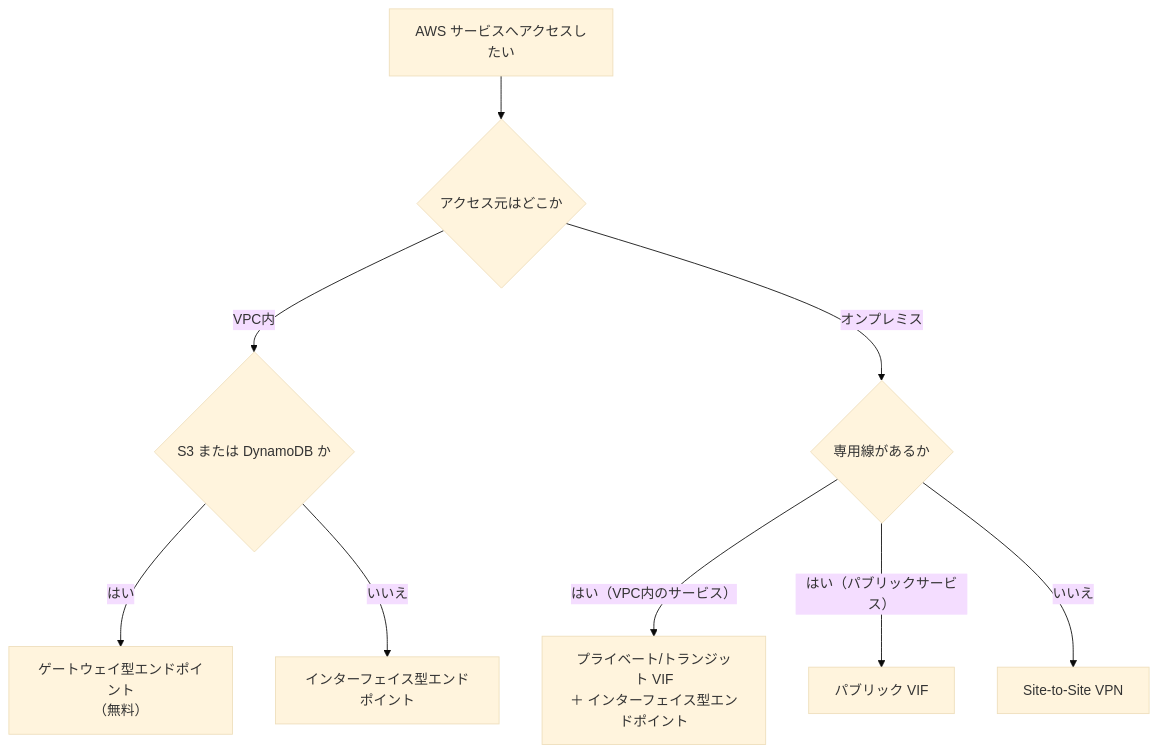
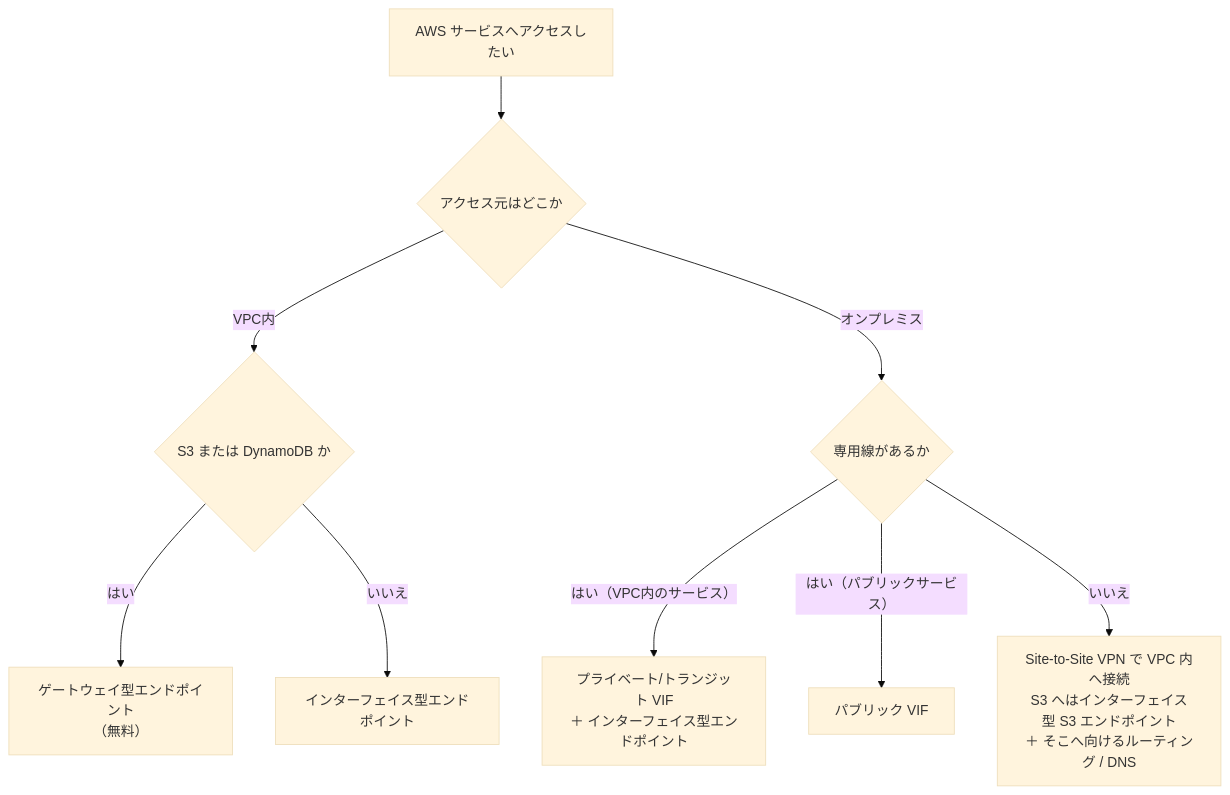
Before and after one commit to myoshi2891/Cloud-Infrastructure-and-Network-Studies: diagram 11 of 26 in Ans-c01-domain3-network-management-operation-guide.md, drawn with Mermaid (base theme). The commit also changed other lines of this file and 1 other file, not shown here.

First line of the commit message:
docs(ans-c01-domain3): clarify PrivateLink, S3 access routing, and VPN PMTUD guidance

````diff
--- a/Ans-c01-domain3-network-management-operation-guide.md
+++ b/Ans-c01-domain3-network-management-operation-guide.md
@@ -543,11 +543,11 @@
 ```mermaid
 flowchart TD
     Q["AWS サービスへアクセスしたい"] --> A{"アクセス元はどこか"}
     A -- "VPC内" --> B{"S3 または DynamoDB か"}
     B -- "はい" --> GW["ゲートウェイ型エンドポイント<br/>（無料）"]
     B -- "いいえ" --> IF["インターフェイス型エンドポイント"]
     A -- "オンプレミス" --> C{"専用線があるか"}
     C -- "はい（VPC内のサービス）" --> PV["プライベート/トランジット VIF<br/>＋ インターフェイス型エンドポイント"]
     C -- "はい（パブリックサービス）" --> PB["パブリック VIF"]
-    C -- "いいえ" --> VP["Site-to-Site VPN"]
+    C -- "いいえ" --> VP["Site-to-Site VPN で VPC 内へ接続<br/>S3 へはインターフェイス型 S3 エンドポイント<br/>＋ そこへ向けるルーティング / DNS"]
 ```
````
